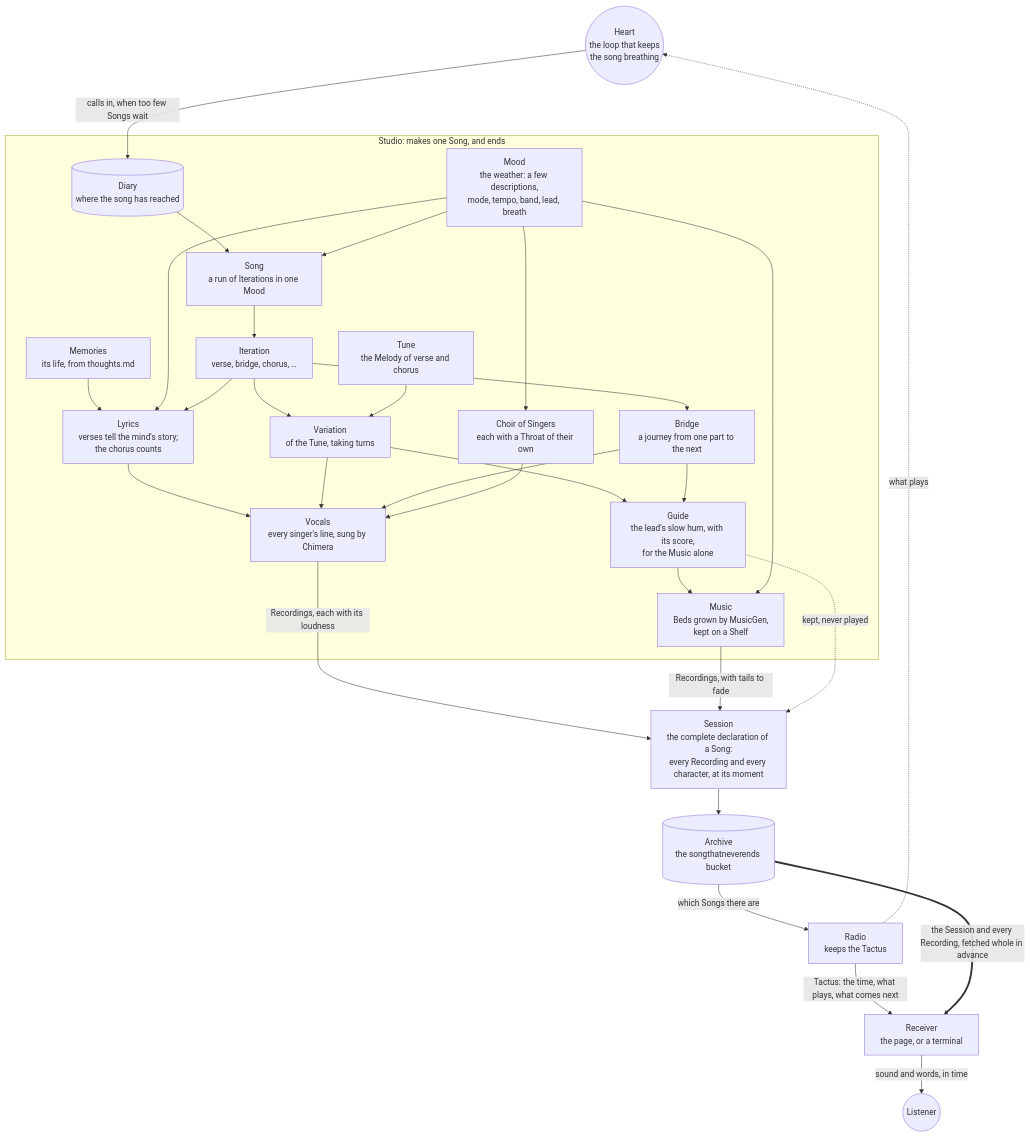
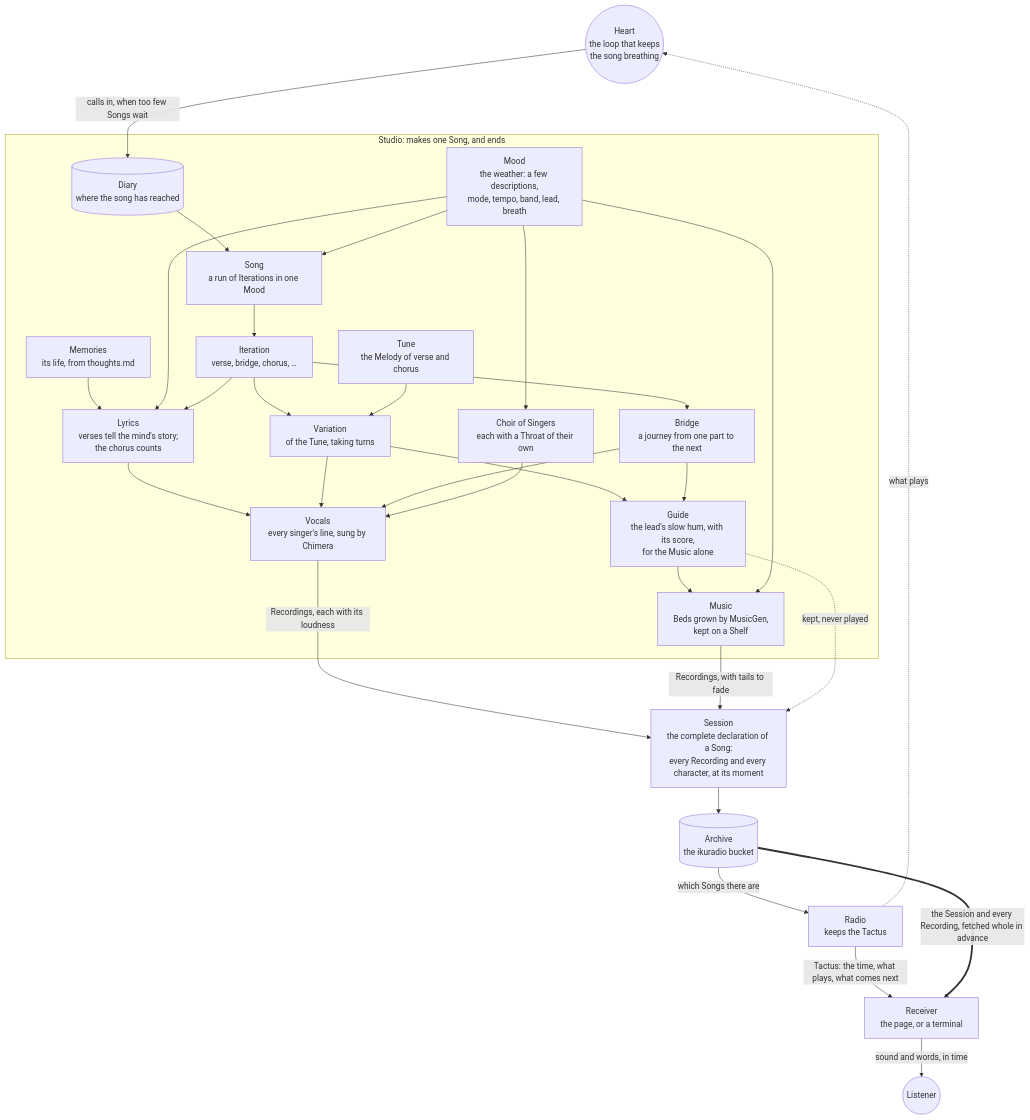
The diagram in README.md (unkhz/ikuradio), drawn with Mermaid before and after one commit. The commit also changed other lines of this file and 23 other files, not shown here.

````diff
--- a/README.md
+++ b/README.md
@@ -21,53 +23,53 @@
 ```mermaid
 flowchart TD
   Heart(("Heart<br/>the loop that keeps<br/>the song breathing"))
   Heart -- "calls in, when too few Songs wait" --> Diary
   Radio -. "what plays" .-> Heart
 
   subgraph Studio["Studio: makes one Song, and ends"]
     Diary[("Diary<br/>where the song has reached")]
     Memories["Memories<br/>its life, from thoughts.md"]
     Mood["Mood<br/>the weather: a few descriptions,<br/>mode, tempo, band, lead, breath"]
     Song["Song<br/>a run of Iterations in one Mood"]
     Iteration["Iteration<br/>verse, bridge, chorus, …"]
     Variation["Variation<br/>of the Tune, taking turns"]
     Tune["Tune<br/>the Melody of verse and chorus"]
     Lyrics["Lyrics<br/>verses tell the mind's story;<br/>the chorus counts"]
     Bridge["Bridge<br/>a journey from one part to the next"]
     Choir["Choir of Singers<br/>each with a Throat of their own"]
     Vocals["Vocals<br/>every singer's line, sung by Chimera"]
     Guide["Guide<br/>the lead's slow hum, with its score,<br/>for the Music alone"]
     Music["Music<br/>Beds grown by MusicGen,<br/>kept on a Shelf"]
 
     Diary --> Song
     Mood --> Song
     Song --> Iteration
     Iteration --> Variation
     Tune --> Variation
     Memories --> Lyrics
     Mood --> Lyrics
     Iteration --> Lyrics
     Iteration --> Bridge
     Mood --> Choir
     Lyrics --> Vocals
     Variation --> Vocals
     Bridge --> Vocals
     Choir --> Vocals
     Variation --> Guide
     Bridge --> Guide
     Guide --> Music
     Mood --> Music
   end
 
   Vocals -- "Recordings, each with its loudness" --> Session
   Music -- "Recordings, with tails to fade" --> Session
   Guide -. "kept, never played" .-> Session
 
   Session["Session<br/>the complete declaration of a Song:<br/>every Recording and every character, at its moment"]
-  Session --> Archive[("Archive<br/>the songthatneverends bucket")]
+  Session --> Archive[("Archive<br/>the ikuradio bucket")]
 
   Archive -- "which Songs there are" --> Radio["Radio<br/>keeps the Tactus"]
   Radio -- "Tactus: the time, what plays, what comes next" --> Receiver
   Archive == "the Session and every Recording, fetched whole in advance" ==> Receiver
   Receiver["Receiver<br/>the page, or a terminal"] -- "sound and words, in time" --> Listener(("Listener"))
 ```
````
